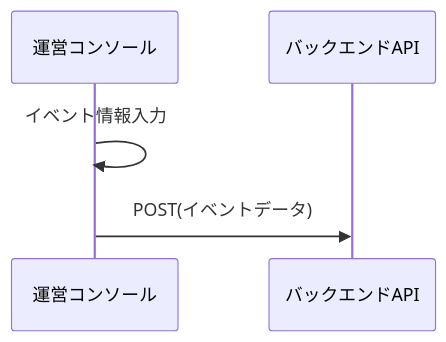
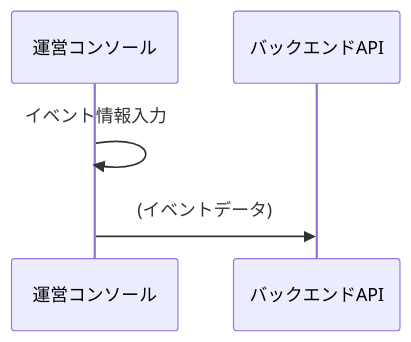
Before and after one commit to after-school-garbage-squad/repaint-architecture: the second of 13 diagrams in docs/sequence/admin.md, drawn with Mermaid. The commit also changed other lines of this file and 3 other files, not shown here.

````diff
--- a/docs/sequence/admin.md
+++ b/docs/sequence/admin.md
@@ -21,8 +21,8 @@
 ```mermaid
 sequenceDiagram
     participant web as 運営コンソール
     participant back as バックエンドAPI
     web ->> web: イベント情報入力
-    web ->> back: POST(イベントデータ)
+    web ->> back: (イベントデータ)
     
 ```
````
